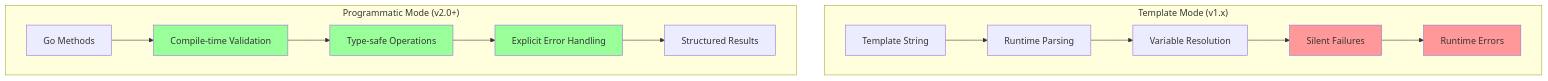
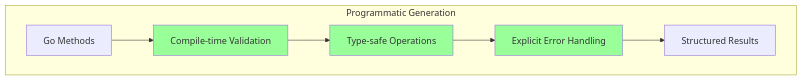
Before and after one commit to EvilBit-Labs/opnDossier: the fourth of 10 diagrams in docs/development/architecture.md, drawn with Mermaid. The commit also changed other lines of this file and 22 other files, not shown here.

````diff
--- a/docs/development/architecture.md
+++ b/docs/development/architecture.md
@@ -270,22 +237,13 @@
 ```mermaid
 graph TB
-    subgraph "Template Mode (v1.x)"
-        T1[Template String] --> T2[Runtime Parsing]
-        T2 --> T3[Variable Resolution]
-        T3 --> T4[Silent Failures]
-        T4 --> T5[Runtime Errors]
-    end
-
-    subgraph "Programmatic Mode (v2.0+)"
+    subgraph "Programmatic Generation"
         P1[Go Methods] --> P2[Compile-time Validation]
         P2 --> P3[Type-safe Operations]
         P3 --> P4[Explicit Error Handling]
         P4 --> P5[Structured Results]
     end
 
-    style T4 fill:#ff9999
-    style T5 fill:#ff9999
     style P2 fill:#99ff99
     style P3 fill:#99ff99
     style P4 fill:#99ff99
 ```
````
